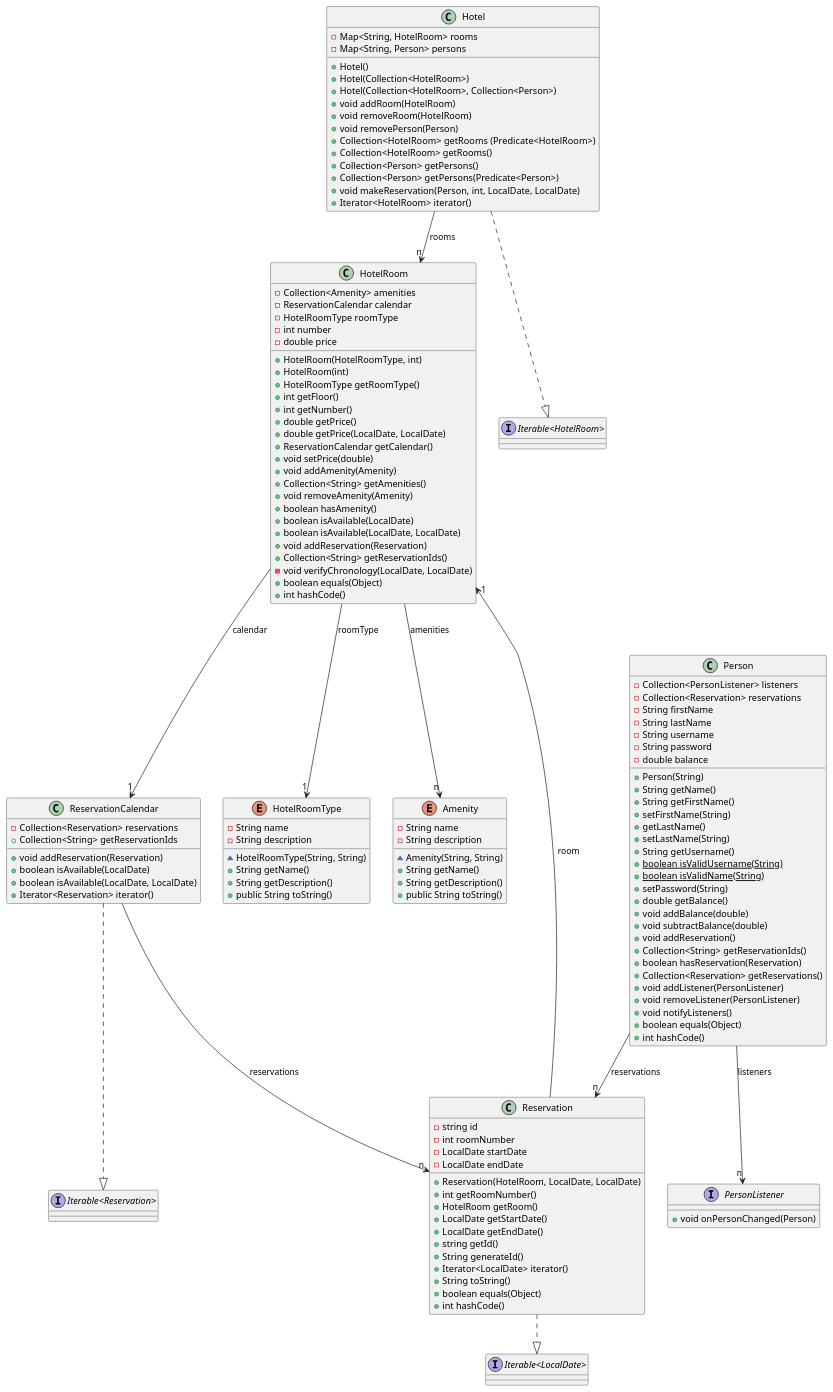
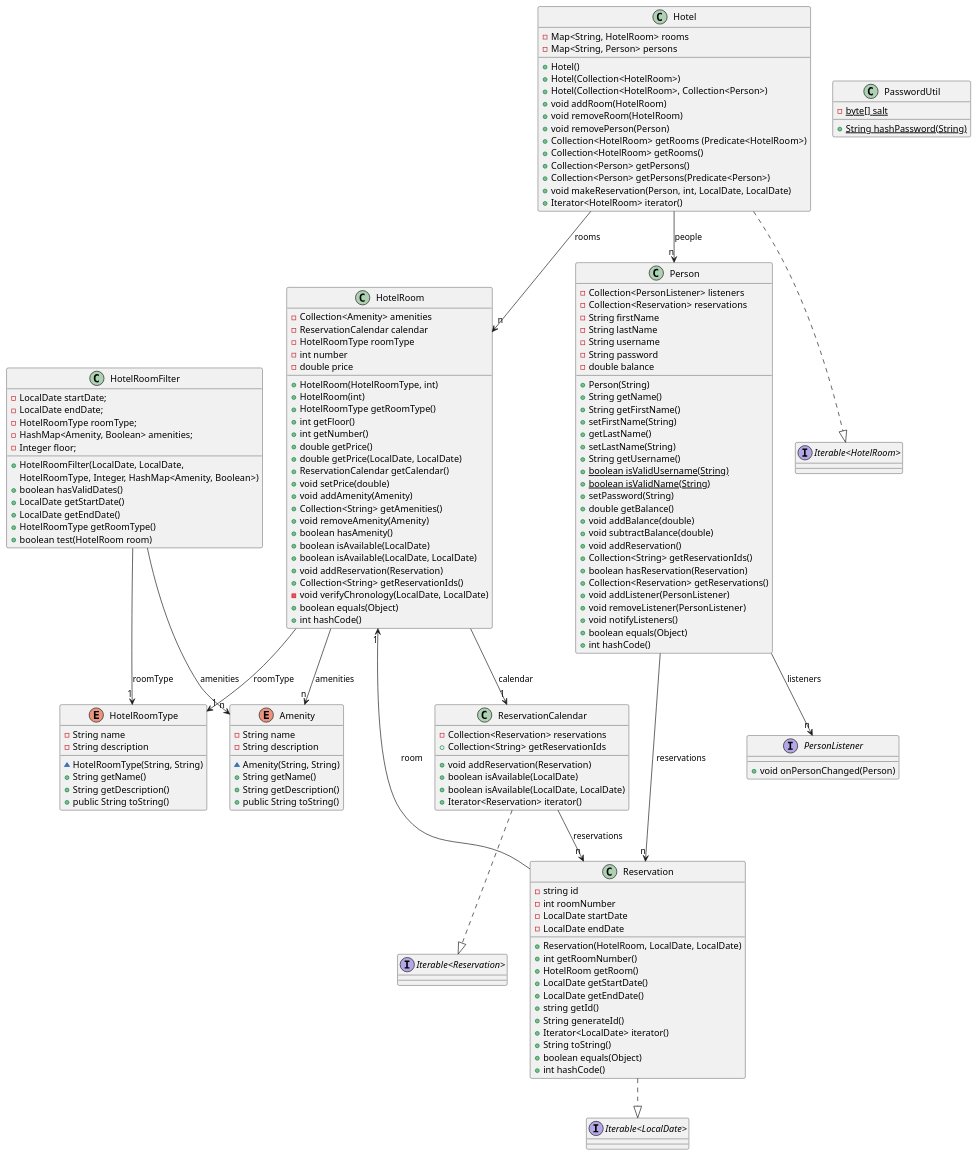
One commit to erlendps/IT1901---HotelSys changed the diagram in docs/modules/core.md. Above: the diagram before and after it, drawn with PlantUML.

Commit message:
#143 Added new classes in class diagram for ui

```diff
--- a/docs/modules/core.md
+++ b/docs/modules/core.md
@@ -47,6 +47,28 @@
     - void verifyChronology(LocalDate, LocalDate)
     + boolean equals(Object)
     + int hashCode()
+}
+
+class HotelRoomFilter{
+    - LocalDate startDate;
+    - LocalDate endDate;
+    - HotelRoomType roomType;
+    - HashMap<Amenity, Boolean> amenities;
+    - Integer floor;
+
+    + HotelRoomFilter(LocalDate, LocalDate, 
+    HotelRoomType, Integer, HashMap<Amenity, Boolean>)
+    + boolean hasValidDates()
+    + LocalDate getStartDate()
+    + LocalDate getEndDate()
+    + HotelRoomType getRoomType()
+    + boolean test(HotelRoom room) 
+}
+
+class PasswordUtil{
+    - {static} byte[] salt
+    
+    + {static} String hashPassword(String)
 }
 
 class ReservationCalendar {
@@ -144,10 +166,13 @@
 }
 ' defining the relations
 Hotel --> "n" HotelRoom : rooms
+Hotel --> "n" Person: people
 Hotel ..|> "Iterable<HotelRoom>"
 HotelRoom --> "n" Amenity : amenities
 HotelRoom --> "1" HotelRoomType : roomType
 HotelRoom --> "1" ReservationCalendar : calendar
+HotelRoomFilter --> "1" HotelRoomType : roomType
+HotelRoomFilter --> "n" Amenity : amenities
 ReservationCalendar --> "n" Reservation : reservations
 ReservationCalendar ..|> "Iterable<Reservation>"
 Reservation ..|> "Iterable<LocalDate>"
```
